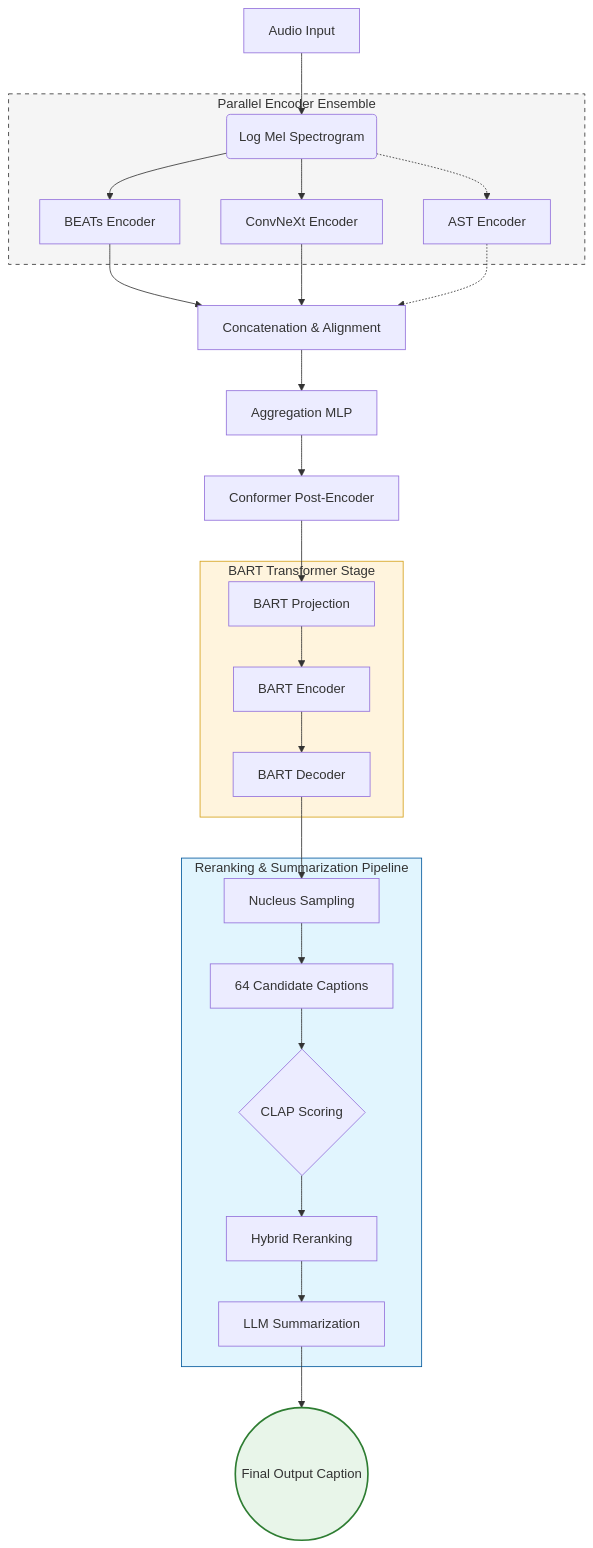
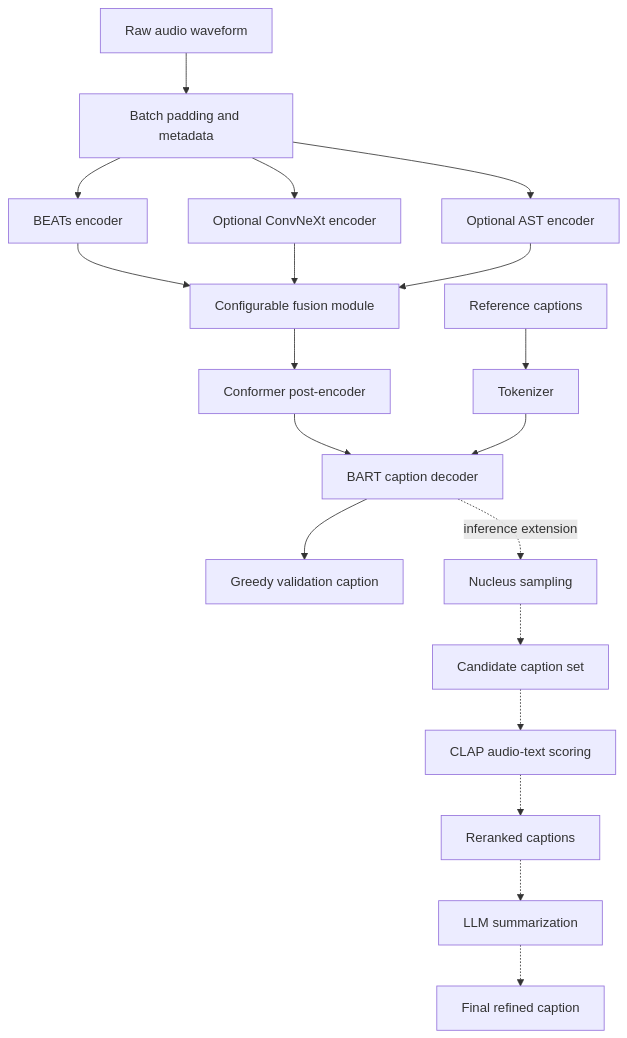
Before and after one commit to RobertTylman/Automatic-Audio-Captioning-ML-2026: the diagram in README.md, drawn with Mermaid. The commit also changed other lines of this file, not shown here.

Commit message:
docs: rewrite README to provide comprehensive project documentation and architectural overview

````diff
--- a/README.md
+++ b/README.md
@@ -44,40 +87,26 @@
 ```mermaid
-graph TD
-    A[Audio Input] --> B(Log Mel Spectrogram)
-    
-    subgraph Encoders ["Parallel Encoder Ensemble"]
-        B --> E1[BEATs Encoder]
-        B --> E2[ConvNeXt Encoder]
-        B -.-> E3[AST Encoder]
-    end
-    
-    E1 --> F[Concatenation & Alignment]
+flowchart TD
+    A[Raw audio waveform] --> B[Batch padding and metadata]
+
+    B --> E1[BEATs encoder]
+    B --> E2[Optional ConvNeXt encoder]
+    B --> E3[Optional AST encoder]
+
+    E1 --> F[Configurable fusion module]
     E2 --> F
-    E3 -.-> F
-    
-    F --> G[Aggregation MLP]
-    G --> H[Conformer Post-Encoder]
-    H --> I[BART Projection]
-    
-    subgraph Decoder ["BART Transformer Stage"]
-        I --> J[BART Encoder]
-        J --> K[BART Decoder]
-    end
-    
-    K --> L[Nucleus Sampling]
-    
-    subgraph Rerank ["Reranking & Summarization Pipeline"]
-        L --> M[64 Candidate Captions]
-        M --> N{CLAP Scoring}
-        N --> O[Hybrid Reranking]
-        O --> P[LLM Summarization]
-    end
-    
-    P --> Q((Final Output Caption))
+    E3 --> F
 
-    %% Styling
-    style Encoders fill:#f5f5f5,stroke:#333,stroke-dasharray: 5 5
-    style Decoder fill:#fff4dd,stroke:#d4a017
-    style Rerank fill:#e1f5fe,stroke:#01579b
-    style Q fill:#e8f5e9,stroke:#2e7d32,stroke-width:2px
+    F --> G[Conformer post-encoder]
+    G --> H[BART caption decoder]
+    H --> I[Greedy validation caption]
+
+    C[Reference captions] --> D[Tokenizer]
+    D --> H
+
+    H -. inference extension .-> S[Nucleus sampling]
+    S -.-> T[Candidate caption set]
+    T -.-> U[CLAP audio-text scoring]
+    U -.-> V[Reranked captions]
+    V -.-> W[LLM summarization]
+    W -.-> X[Final refined caption]
 ```
````
